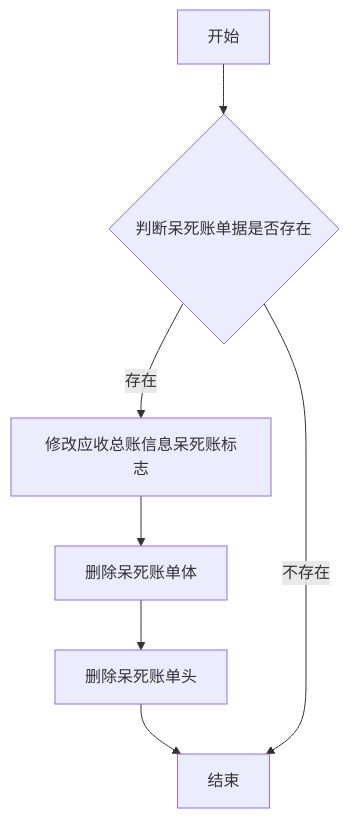
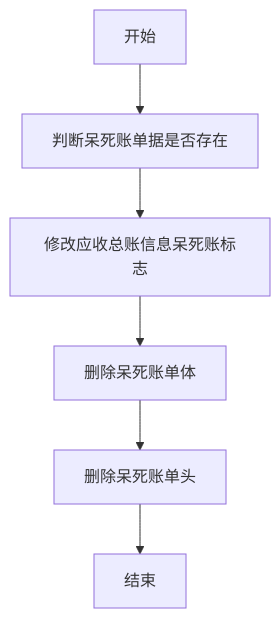
Before and after one commit to liuwentao001/20201001HRBZLS: diagram 11 of 51 in 02.业务梳理流程图简化版_v2020.11.md, drawn with Mermaid. The commit also changed other lines of this file and 8 other files, not shown here.

```diff
--- a/02.业务梳理流程图简化版_v2020.11.md
+++ b/02.业务梳理流程图简化版_v2020.11.md
@@ -174,5 +338,4 @@
 ~~~mermaid
 graph TD
-开始-->A1{判断呆死账单据是否存在}--存在-->修改应收总账信息呆死账标志-->删除呆死账单体-->删除呆死账单头-->结束
-A1--不存在-->结束
+开始-->判断呆死账单据是否存在-->修改应收总账信息呆死账标志-->删除呆死账单体-->删除呆死账单头-->结束
 ~~~
```
